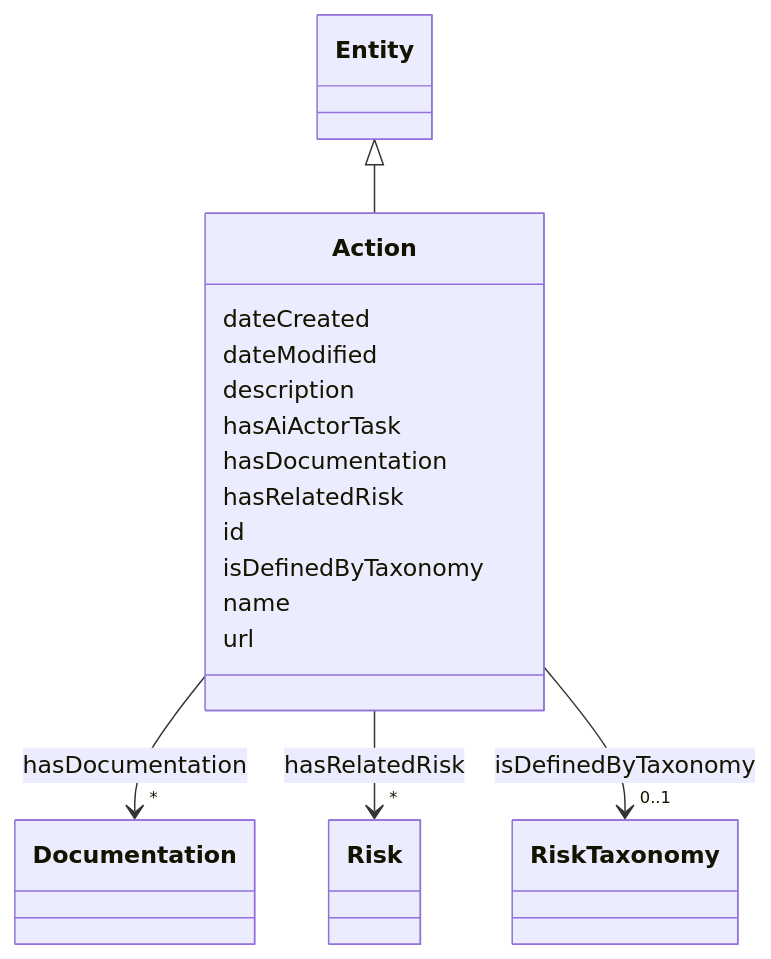
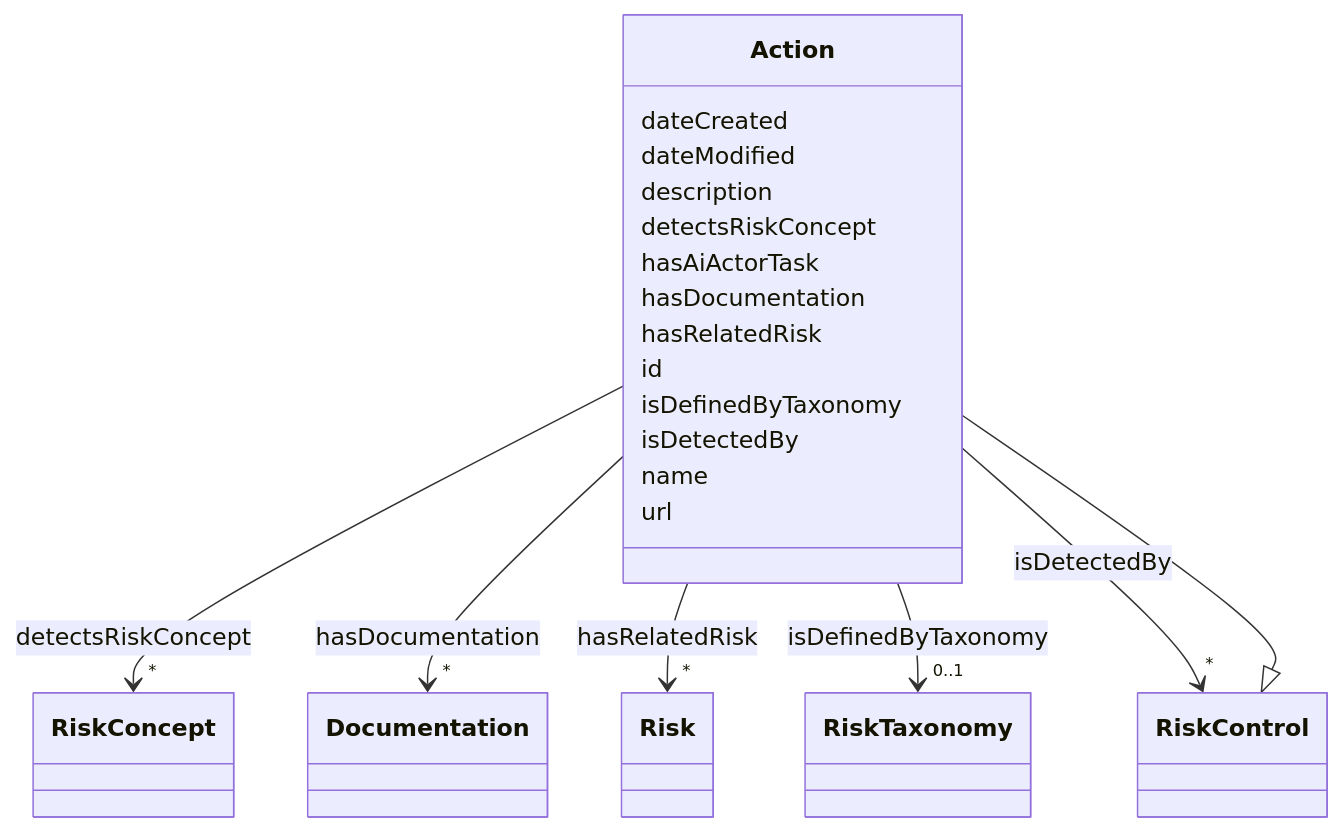
The diagram in docs/ontology/Action.md (ingelise/risk-atlas-nexus), drawn with Mermaid before and after one commit. The commit also changed other lines of this file and 67 other files, not shown here.

````diff
--- a/docs/ontology/Action.md
+++ b/docs/ontology/Action.md
@@ -19,56 +19,78 @@
 ```mermaid
  classDiagram
     class Action
     click Action href "../Action"
-      Entity <|-- Action
-        click Entity href "../Entity"
+      RiskControl <|-- Action
+        click RiskControl href "../RiskControl"
 
       Action : dateCreated
 
       Action : dateModified
 
       Action : description
+
+      Action : detectsRiskConcept
+
+
+
+
+
+        Action --> "*" RiskConcept : detectsRiskConcept
+        click RiskConcept href "../RiskConcept"
+
+
 
       Action : hasAiActorTask
 
       Action : hasDocumentation
 
 
 
 
 
         Action --> "*" Documentation : hasDocumentation
         click Documentation href "../Documentation"
 
 
 
       Action : hasRelatedRisk
 
 
 
 
 
         Action --> "*" Risk : hasRelatedRisk
         click Risk href "../Risk"
 
 
 
       Action : id
 
       Action : isDefinedByTaxonomy
 
 
 
 
 
         Action --> "0..1" RiskTaxonomy : isDefinedByTaxonomy
         click RiskTaxonomy href "../RiskTaxonomy"
 
 
 
+      Action : isDetectedBy
+
+
+
+
+
+        Action --> "*" RiskControl : isDetectedBy
+        click RiskControl href "../RiskControl"
+
+
+
       Action : name
 
       Action : url
 
 
 ```
````
